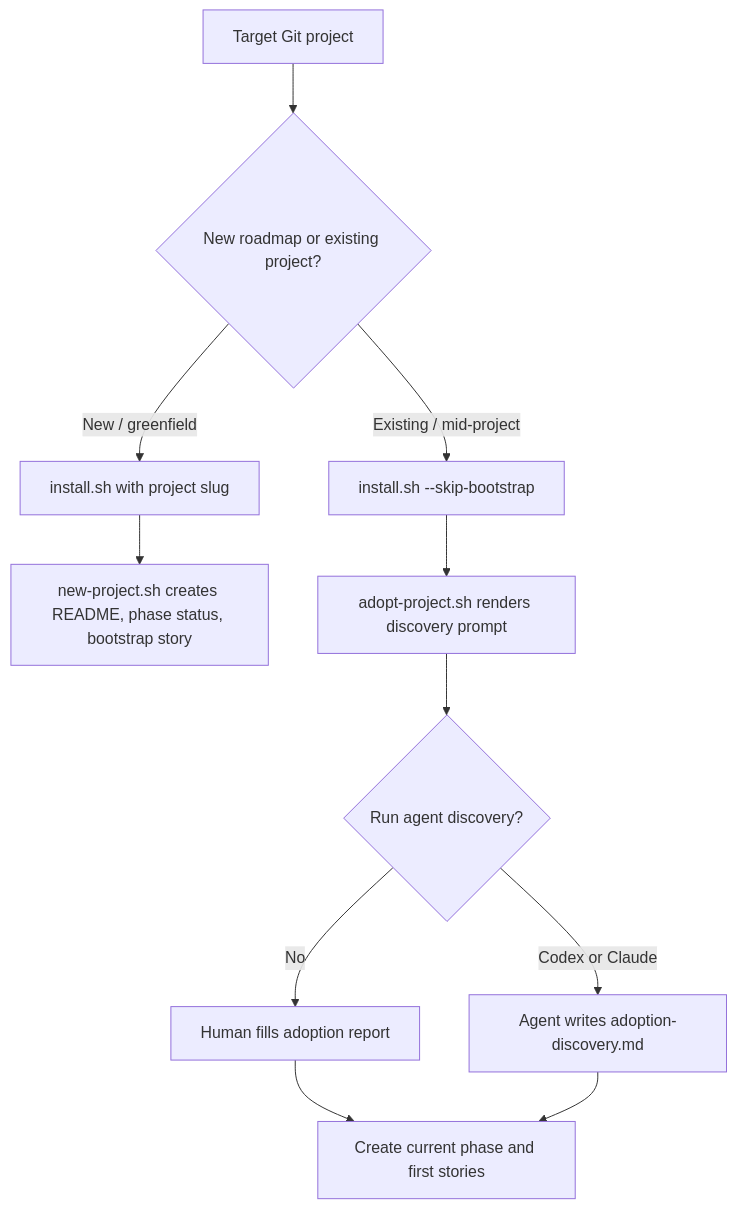
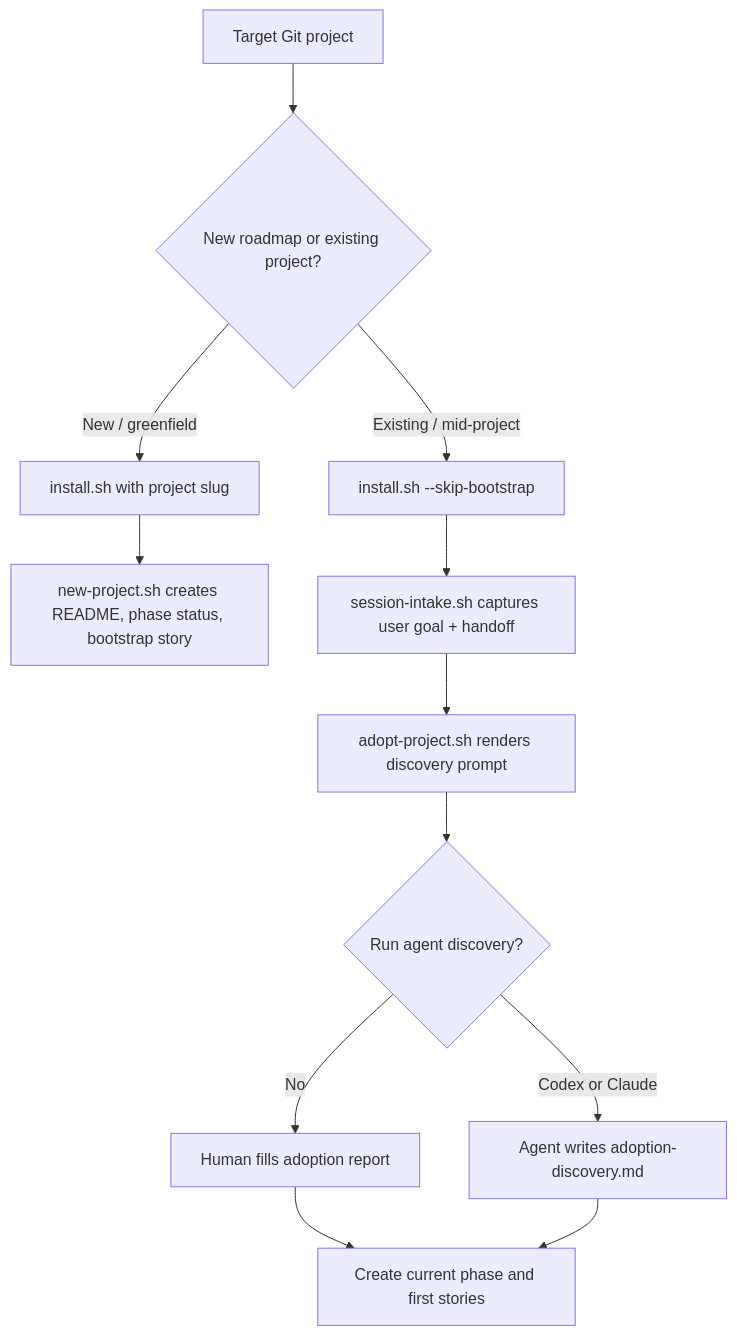
One commit to karolswdev/delivery-workbench changed the second of 4 diagrams in pmo-roadmap/README.md. Above: the diagram before and after it, drawn with Mermaid. The commit also changed other lines of this file and 7 other files, not shown here.

Commit message:
Add session intake to adoption flow

````diff
--- a/pmo-roadmap/README.md
+++ b/pmo-roadmap/README.md
@@ -97,13 +97,14 @@
 ```mermaid
 flowchart TD
   A[Target Git project] --> B{New roadmap or existing project?}
   B -->|New / greenfield| C[install.sh with project slug]
   C --> D[new-project.sh creates README, phase status, bootstrap story]
   B -->|Existing / mid-project| E[install.sh --skip-bootstrap]
-  E --> F[adopt-project.sh renders discovery prompt]
+  E --> U[session-intake.sh captures user goal + handoff]
+  U --> F[adopt-project.sh renders discovery prompt]
   F --> G{Run agent discovery?}
   G -->|No| H[Human fills adoption report]
   G -->|Codex or Claude| I[Agent writes adoption-discovery.md]
   H --> J[Create current phase and first stories]
   I --> J
 ```
````
